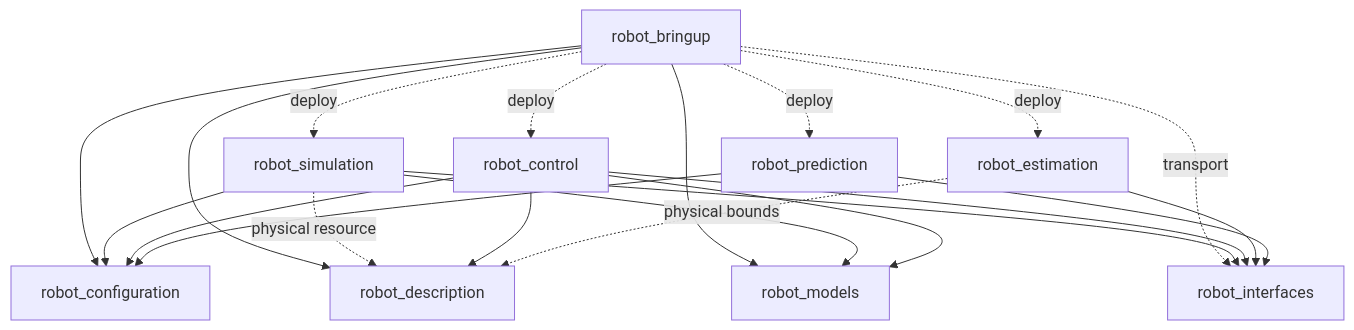
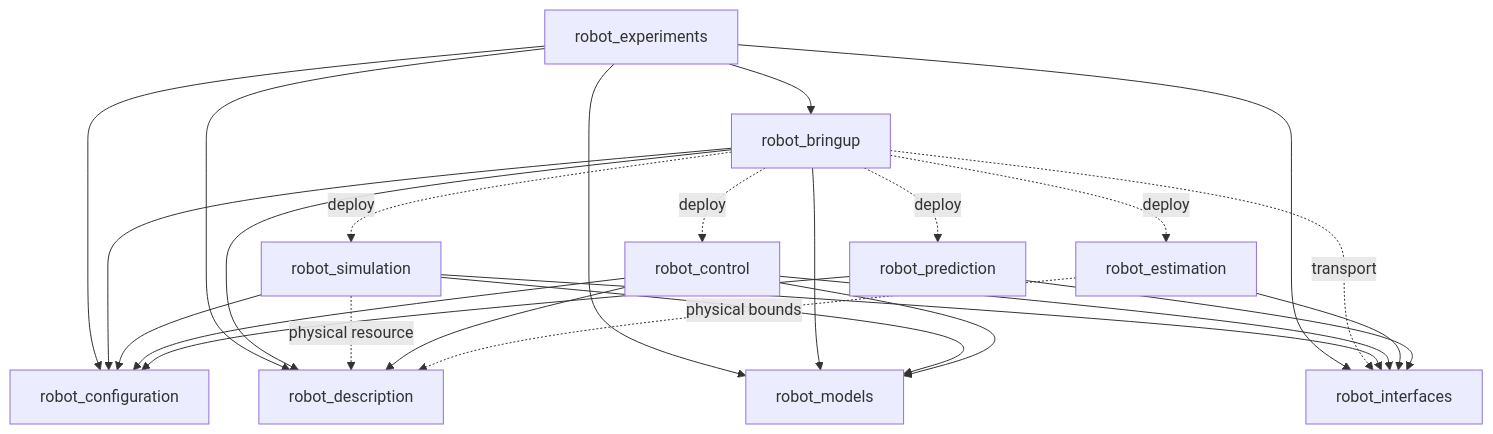
The first of 2 diagrams in docs/ARCHITECTURE.md (Liorshema/adaptive-target-tracking-testbed), drawn with Mermaid before and after one commit. The commit also changed other lines of this file and 47 other files, not shown here.

````diff
--- a/docs/ARCHITECTURE.md
+++ b/docs/ARCHITECTURE.md
@@ -28,23 +31,28 @@
 ```mermaid
 flowchart TD
+ X[robot_experiments] --> B
+ X --> Q
+ X --> D
+ X --> M
+ X --> I
  B[robot_bringup] --> Q[robot_configuration]
  B --> D[robot_description]
  B --> M[robot_models]
  B -. deploy .-> E[robot_estimation]
  B -. deploy .-> P[robot_prediction]
  B -. deploy .-> C[robot_control]
  B -. deploy .-> S[robot_simulation]
  B -. transport .-> I[robot_interfaces]
  S --> Q
  S --> M
  S --> I
  S -. physical resource .-> D
  C --> D
  C --> M
  C --> I
  C --> Q
  E --> I
  E -. physical bounds .-> D
  P --> I
  P --> Q
 ```
````
